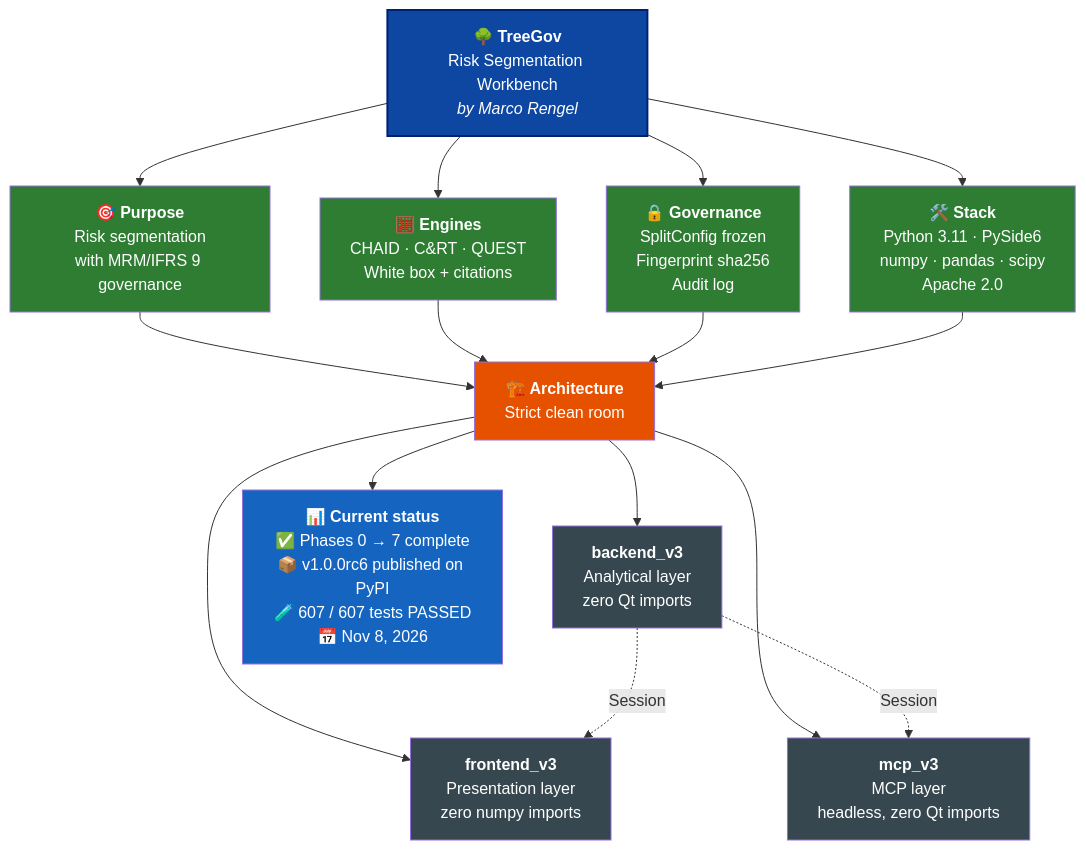
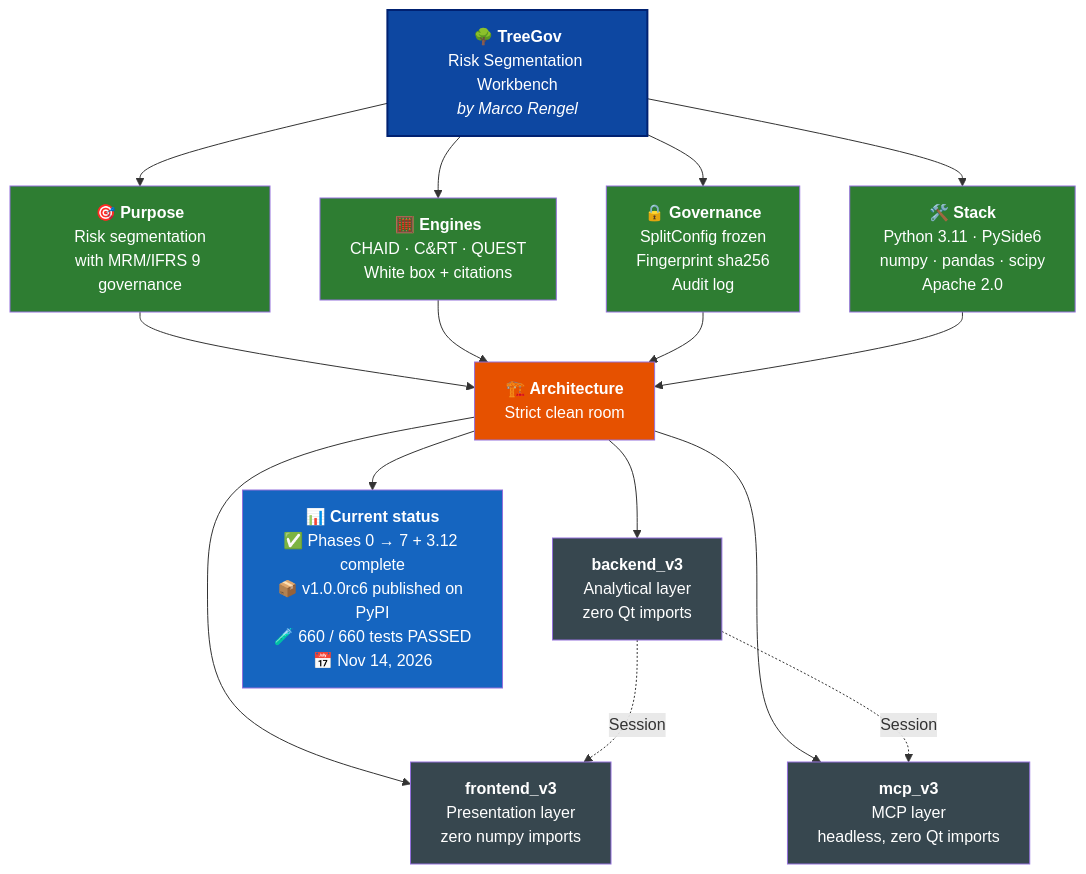
Before and after one commit to Marco-Rengel/treegov: the diagram in README.md, drawn with Mermaid. The commit also changed other lines of this file and 28 other files, not shown here.

Commit message:
feat(3.12): complete analysis workspace (Rules, Summary, node cases, gains charts)

````diff
--- a/README.md
+++ b/README.md
@@ -38,34 +38,34 @@
 ```mermaid
 flowchart TB
     TG["<b>🌳 TreeGov</b><br/>Risk Segmentation Workbench<br/><i>by Marco Rengel</i>"]
 
     TG --> P["<b>🎯 Purpose</b><br/>Risk segmentation<br/>with MRM/IFRS 9 governance"]
     TG --> M["<b>🧮 Engines</b><br/>CHAID · C&RT · QUEST<br/>White box + citations"]
     TG --> G["<b>🔒 Governance</b><br/>SplitConfig frozen<br/>Fingerprint sha256<br/>Audit log"]
     TG --> S["<b>🛠️ Stack</b><br/>Python 3.11 · PySide6<br/>numpy · pandas · scipy<br/>Apache 2.0"]
 
     P --> ARQ["<b>🏗️ Architecture</b><br/>Strict clean room"]
     M --> ARQ
     G --> ARQ
     S --> ARQ
 
     ARQ --> BE["<b>backend_v3</b><br/>Analytical layer<br/>zero Qt imports"]
     ARQ --> FE["<b>frontend_v3</b><br/>Presentation layer<br/>zero numpy imports"]
     ARQ --> MC["<b>mcp_v3</b><br/>MCP layer<br/>headless, zero Qt imports"]
 
     BE -.->|Session| FE
     BE -.->|Session| MC
 
-    ARQ --> ST["<b>📊 Current status</b><br/>✅ Phases 0 → 7 complete<br/>📦 v1.0.0rc6 published on PyPI<br/>🧪 607 / 607 tests PASSED<br/>📅 Nov 8, 2026"]
+    ARQ --> ST["<b>📊 Current status</b><br/>✅ Phases 0 → 7 + 3.12 complete<br/>📦 v1.0.0rc6 published on PyPI<br/>🧪 660 / 660 tests PASSED<br/>📅 Nov 14, 2026"]
 
     style TG fill:#0D47A1,color:#fff,stroke:#002171,stroke-width:2px
     style P fill:#2E7D32,color:#fff
     style M fill:#2E7D32,color:#fff
     style G fill:#2E7D32,color:#fff
     style S fill:#2E7D32,color:#fff
     style ARQ fill:#E65100,color:#fff
     style BE fill:#37474F,color:#fff
     style FE fill:#37474F,color:#fff
     style MC fill:#37474F,color:#fff
     style ST fill:#1565C0,color:#fff
 ```
````
